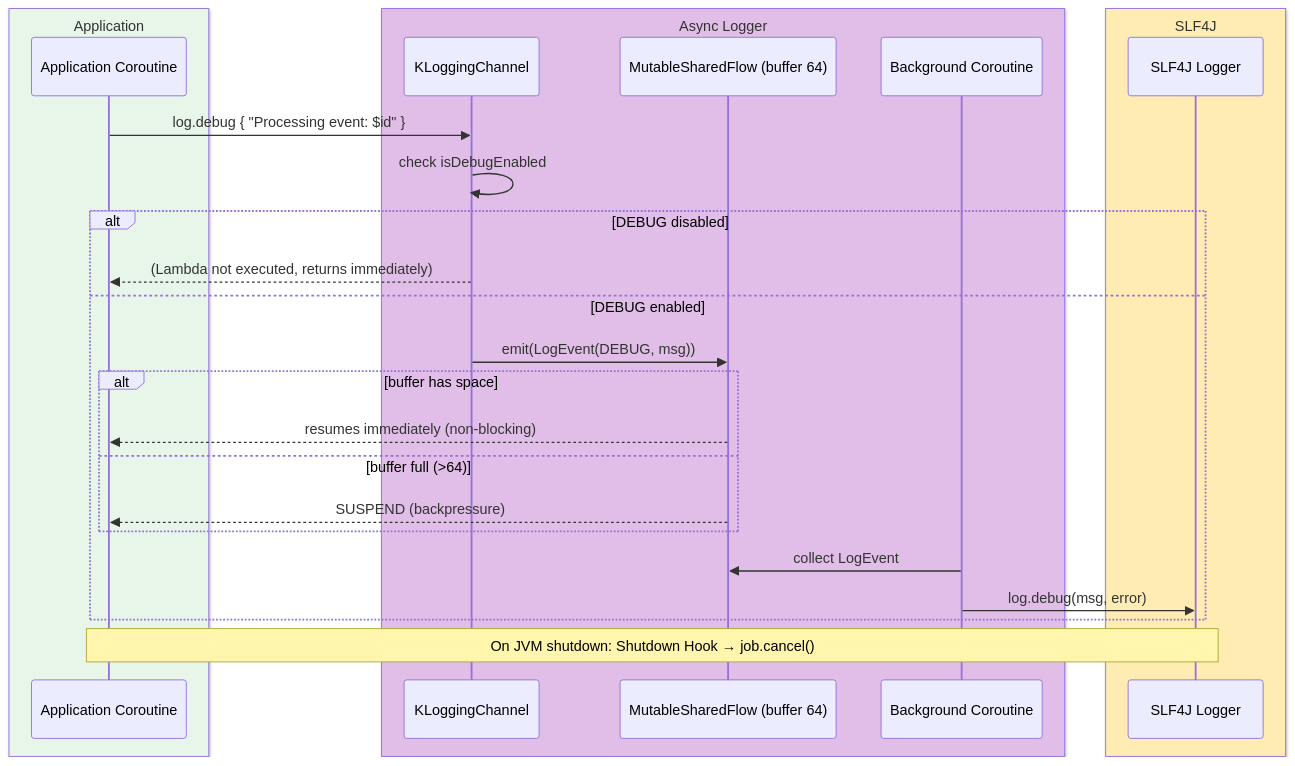
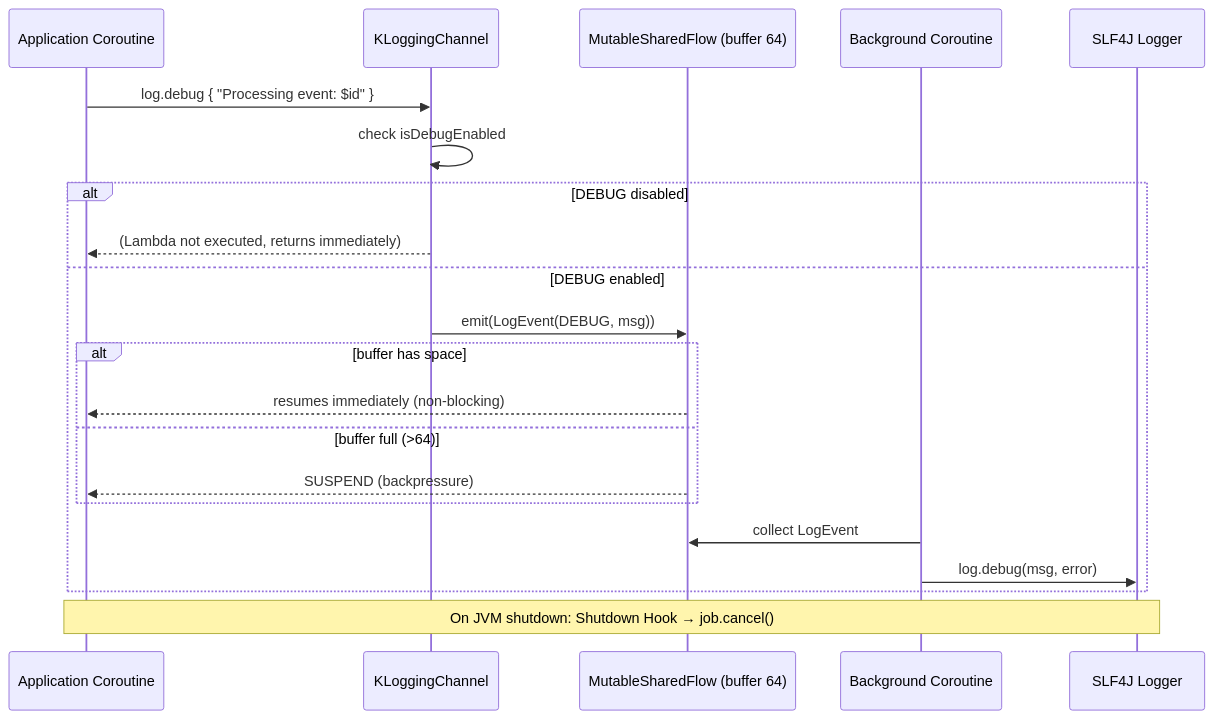
Before and after one commit to bluetape4k/bluetape4k-projects: the third of 3 diagrams in bluetape4k/logging/README.md, drawn with Mermaid. The commit also changed other lines of this file and 219 other files, not shown here.

First line of the commit message:
docs: 전체 README Mermaid 다이어그램 가이드 적용

````diff
--- a/bluetape4k/logging/README.md
+++ b/bluetape4k/logging/README.md
@@ -129,31 +129,25 @@
 ```mermaid
 sequenceDiagram
-    box rgb(232, 245, 233) Application
         participant App as Application Coroutine
-    end
-    box rgb(225, 190, 231) Async Logger
         participant CH as KLoggingChannel
         participant SF as MutableSharedFlow (buffer 64)
         participant BG as Background Coroutine
-    end
-    box rgb(255, 236, 179) SLF4J
         participant SLF as SLF4J Logger
-    end
 
     App->>CH: log.debug { "Processing event: $id" }
     CH->>CH: check isDebugEnabled
     alt DEBUG disabled
         CH-->>App: (Lambda not executed, returns immediately)
     else DEBUG enabled
         CH->>SF: emit(LogEvent(DEBUG, msg))
         alt buffer has space
             SF-->>App: resumes immediately (non-blocking)
         else buffer full (>64)
             SF-->>App: SUSPEND (backpressure)
         end
         BG->>SF: collect LogEvent
         BG->>SLF: log.debug(msg, error)
     end
 
     Note over App,SLF: On JVM shutdown: Shutdown Hook → job.cancel()
 ```
````
